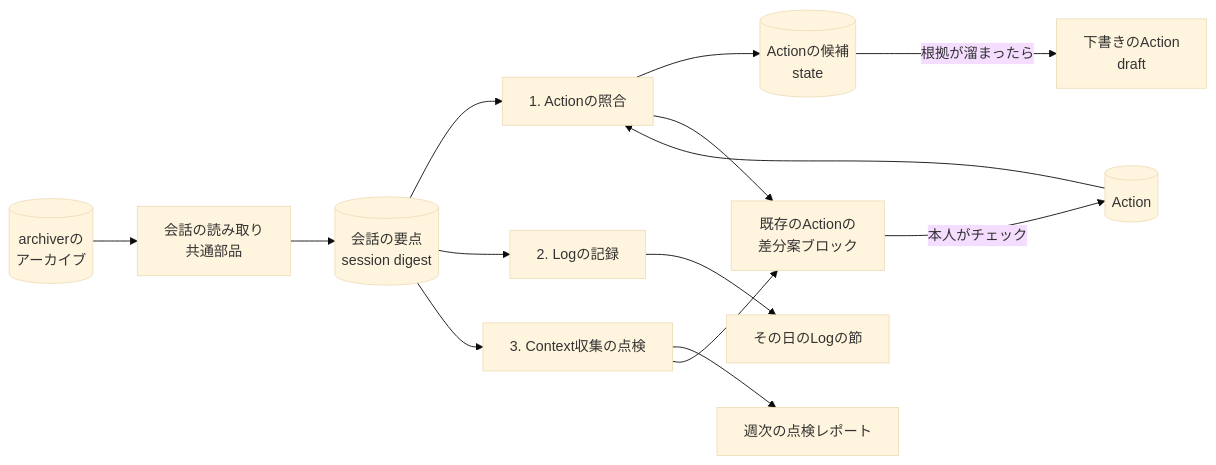
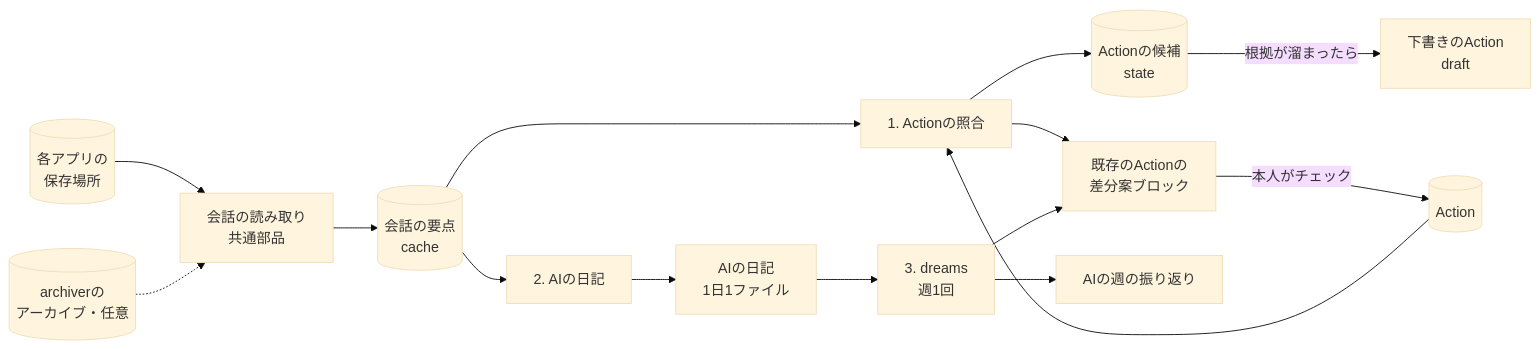
The diagram in docs/design/role-redesign_ja.md (tuckn/tkn_codex_chat_note_pipeline), drawn with Mermaid (base theme) before and after one commit. The commit also changed other lines of this file and 34 other files, not shown here.

````diff
--- a/docs/design/role-redesign_ja.md
+++ b/docs/design/role-redesign_ja.md
@@ -33,16 +39,17 @@
 ```mermaid
 flowchart LR
-    A[(archiverの<br>アーカイブ)] --> R[会話の読み取り<br>共通部品]
-    R --> D[(会話の要点<br>session digest)]
+    S[(各アプリの<br>保存場所)] --> R[会話の読み取り<br>共通部品]
+    A[(archiverの<br>アーカイブ・任意)] -.-> R
+    R --> D[(会話の要点<br>cache)]
     V[(Action)] --> P1
     D --> P1[1. Actionの照合]
-    D --> P2[2. Logの記録]
-    D --> P3[3. Context収集の点検]
+    D --> P2[2. AIの日記]
     P1 --> C[(Actionの候補<br>state)]
     C -->|根拠が溜まったら| N[下書きのAction<br>draft]
     P1 --> B[既存のActionの<br>差分案ブロック]
     B -->|本人がチェック| V
-    P2 --> L[その日のLogの節]
-    P3 --> W[週次の点検レポート]
+    P2 --> L[AIの日記<br>1日1ファイル]
+    L --> P3[3. dreams<br>週1回]
+    P3 --> W[AIの週の振り返り]
     P3 --> B
 ```
````
